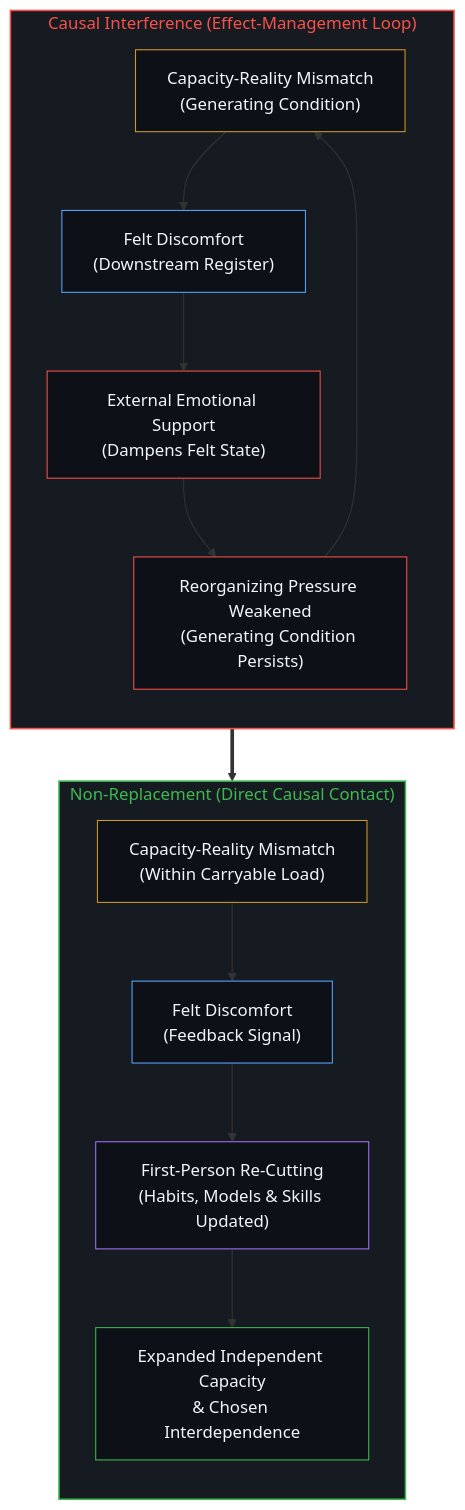
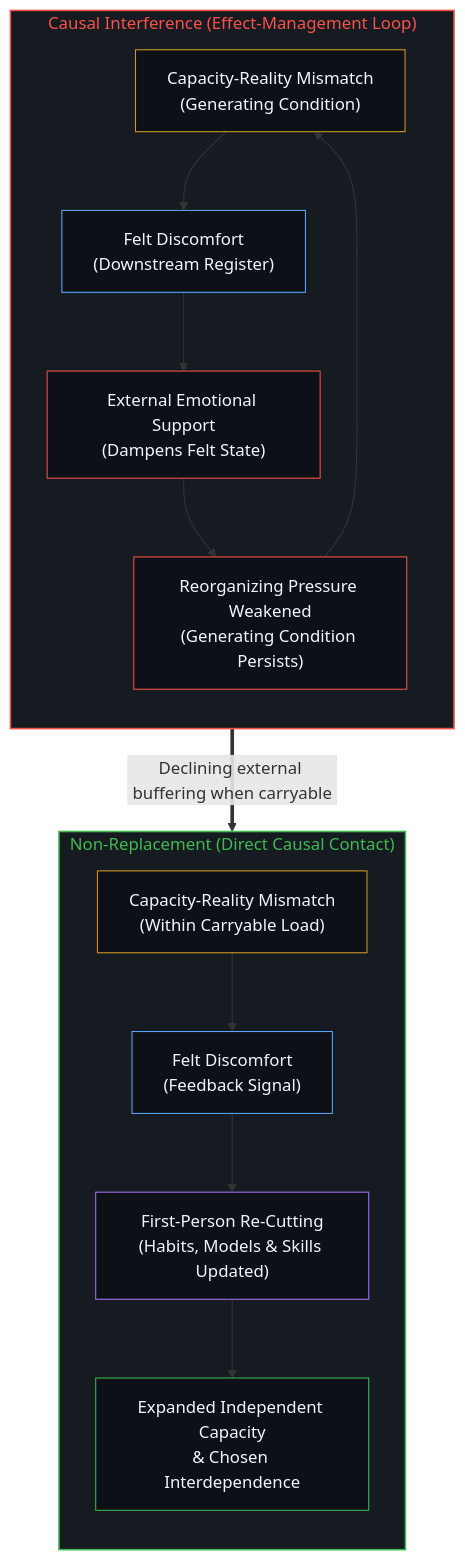
Before and after one commit to powerpig99/not-a-toe: the second of 2 diagrams in content/posts/emotional-support-as-causal-interference.md, drawn with Mermaid. The commit also changed other lines of this file and 4 other files, not shown here.

````diff
--- a/content/posts/emotional-support-as-causal-interference.md
+++ b/content/posts/emotional-support-as-causal-interference.md
@@ -51,27 +51,27 @@
 ```mermaid
 flowchart TD
     subgraph S_Interference["Causal Interference (Effect-Management Loop)"]
         direction TB
         M1["Capacity-Reality Mismatch<br/>(Generating Condition)"] --> D1["Felt Discomfort<br/>(Downstream Register)"]
         D1 --> E1["External Emotional Support<br/>(Dampens Felt State)"]
         E1 --> P1["Reorganizing Pressure Weakened<br/>(Generating Condition Persists)"]
         P1 --> M1
     end
     subgraph S_NonReplacement["Non-Replacement (Direct Causal Contact)"]
         direction TB
         M2["Capacity-Reality Mismatch<br/>(Within Carryable Load)"] --> D2["Felt Discomfort<br/>(Feedback Signal)"]
         D2 --> R2["First-Person Re-Cutting<br/>(Habits, Models & Skills Updated)"]
         R2 --> C2["Expanded Independent Capacity<br/>& Chosen Interdependence"]
     end
-    P1 ==> M2
+    P1 ==>|"Declining external buffering when carryable"| M2
     style S_Interference fill:#161b22,stroke:#f85149,stroke-width:1.5px,color:#f85149
     style S_NonReplacement fill:#161b22,stroke:#3fb950,stroke-width:1.5px,color:#3fb950
     style M1 fill:#0d1117,stroke:#d29922,stroke-width:1px,color:#f0f6fc
     style D1 fill:#0d1117,stroke:#58a6ff,stroke-width:1px,color:#f0f6fc
     style E1 fill:#0d1117,stroke:#f85149,stroke-width:1px,color:#f0f6fc
     style P1 fill:#0d1117,stroke:#f85149,stroke-width:1px,color:#f0f6fc
     style M2 fill:#0d1117,stroke:#d29922,stroke-width:1px,color:#f0f6fc
     style D2 fill:#0d1117,stroke:#58a6ff,stroke-width:1px,color:#f0f6fc
     style R2 fill:#0d1117,stroke:#a371f7,stroke-width:1px,color:#f0f6fc
     style C2 fill:#0d1117,stroke:#3fb950,stroke-width:1px,color:#f0f6fc
 ```
````
